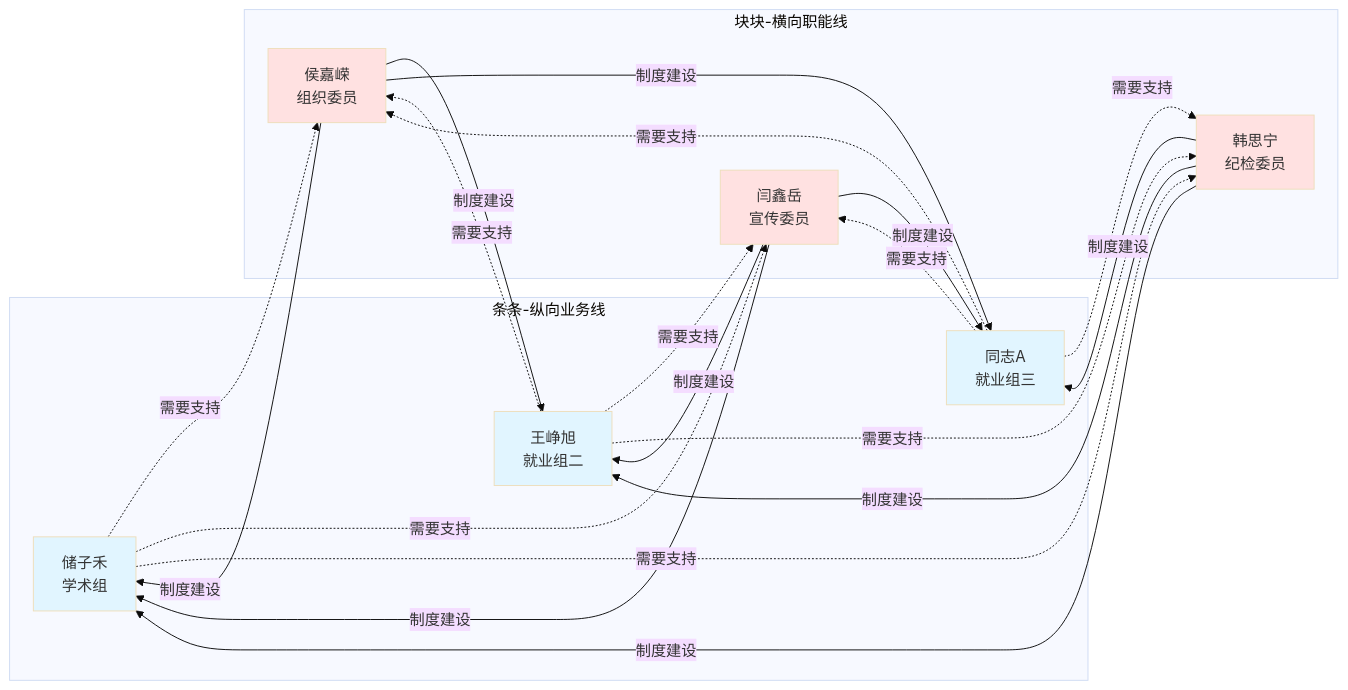
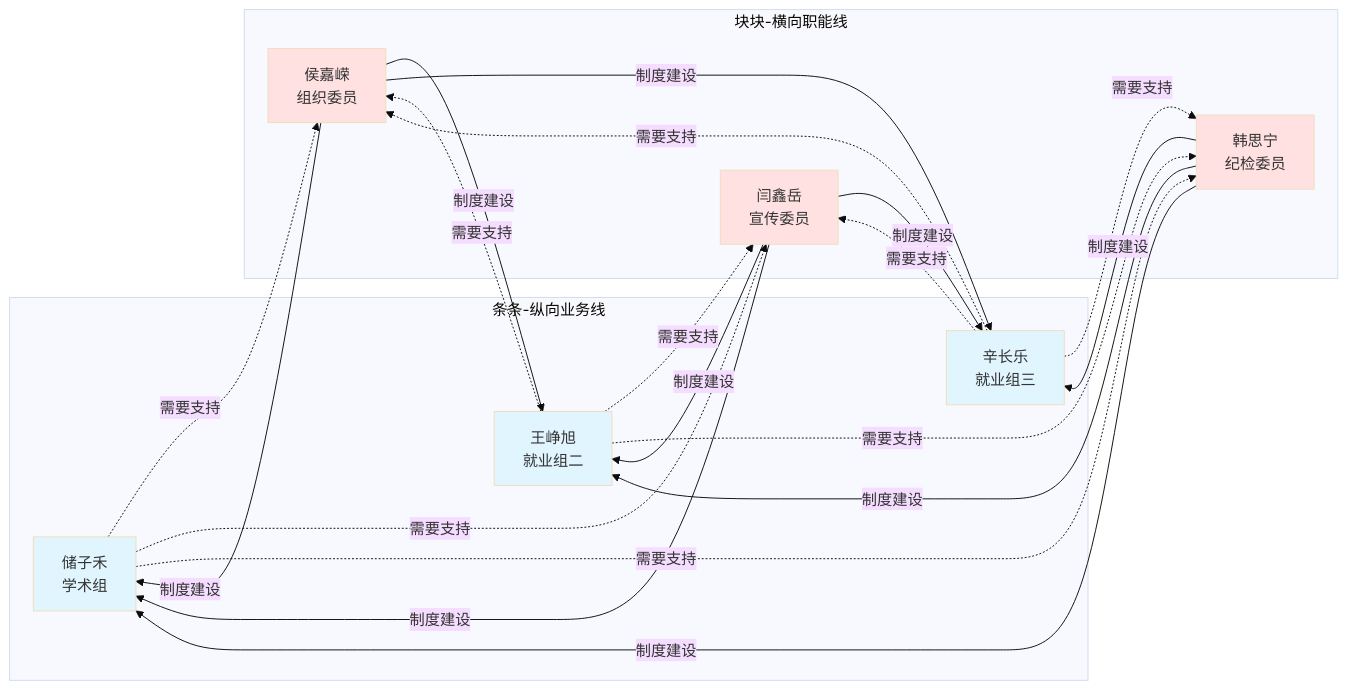
Before and after one commit to czhgo/GSM1921-SOP: the second of 9 diagrams in 工作流程图-定人定责定岗.md, drawn with Mermaid (base theme). The commit also changed other lines of this file and 4 other files, not shown here.

Commit message:
Update names: Rename 同志A to 辛长乐 and change 徐瑗依's position to 青年委员

````diff
--- a/工作流程图-定人定责定岗.md
+++ b/工作流程图-定人定责定岗.md
@@ -70,45 +70,45 @@
 ```mermaid
 graph LR
     subgraph 条条-纵向业务线
         A1[储子禾<br/>学术组]
         A2[王峥旭<br/>就业组二]
-        A3[同志A<br/>就业组三]
+        A3[辛长乐<br/>就业组三]
     end
     
     subgraph 块块-横向职能线
         B1[侯嘉嵘<br/>组织委员]
         B2[闫鑫岳<br/>宣传委员]
         B3[韩思宁<br/>纪检委员]
     end
     
     A1 -.需要支持.-> B1
     A1 -.需要支持.-> B2
     A1 -.需要支持.-> B3
     
     A2 -.需要支持.-> B1
     A2 -.需要支持.-> B2
     A2 -.需要支持.-> B3
     
     A3 -.需要支持.-> B1
     A3 -.需要支持.-> B2
     A3 -.需要支持.-> B3
     
     B1 -->|制度建设| A1
     B1 -->|制度建设| A2
     B1 -->|制度建设| A3
     
     B2 -->|制度建设| A1
     B2 -->|制度建设| A2
     B2 -->|制度建设| A3
     
     B3 -->|制度建设| A1
     B3 -->|制度建设| A2
     B3 -->|制度建设| A3
     
     style A1 fill:#e1f5ff
     style A2 fill:#e1f5ff
     style A3 fill:#e1f5ff
     style B1 fill:#ffe1e1
     style B2 fill:#ffe1e1
     style B3 fill:#ffe1e1
 ```
````
